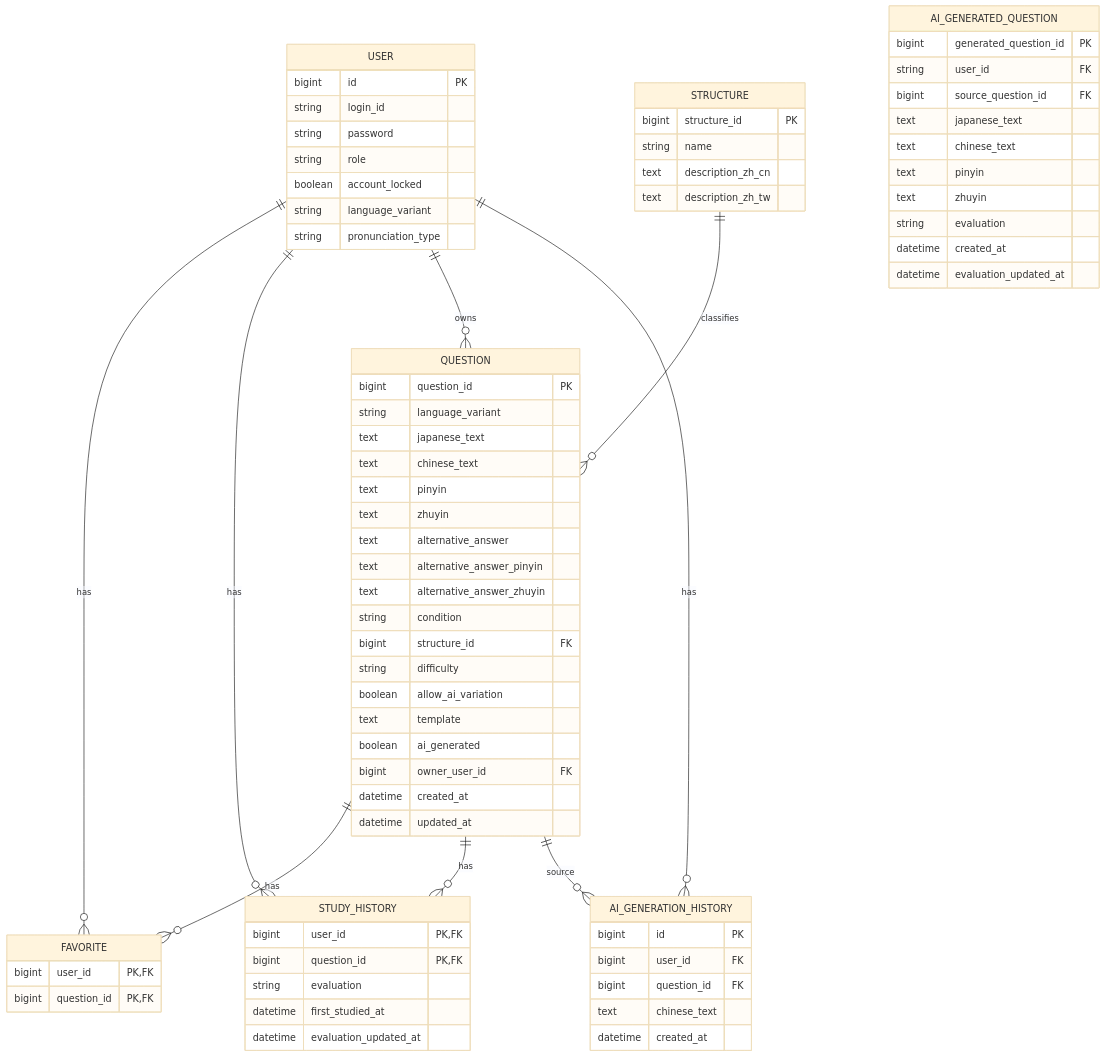
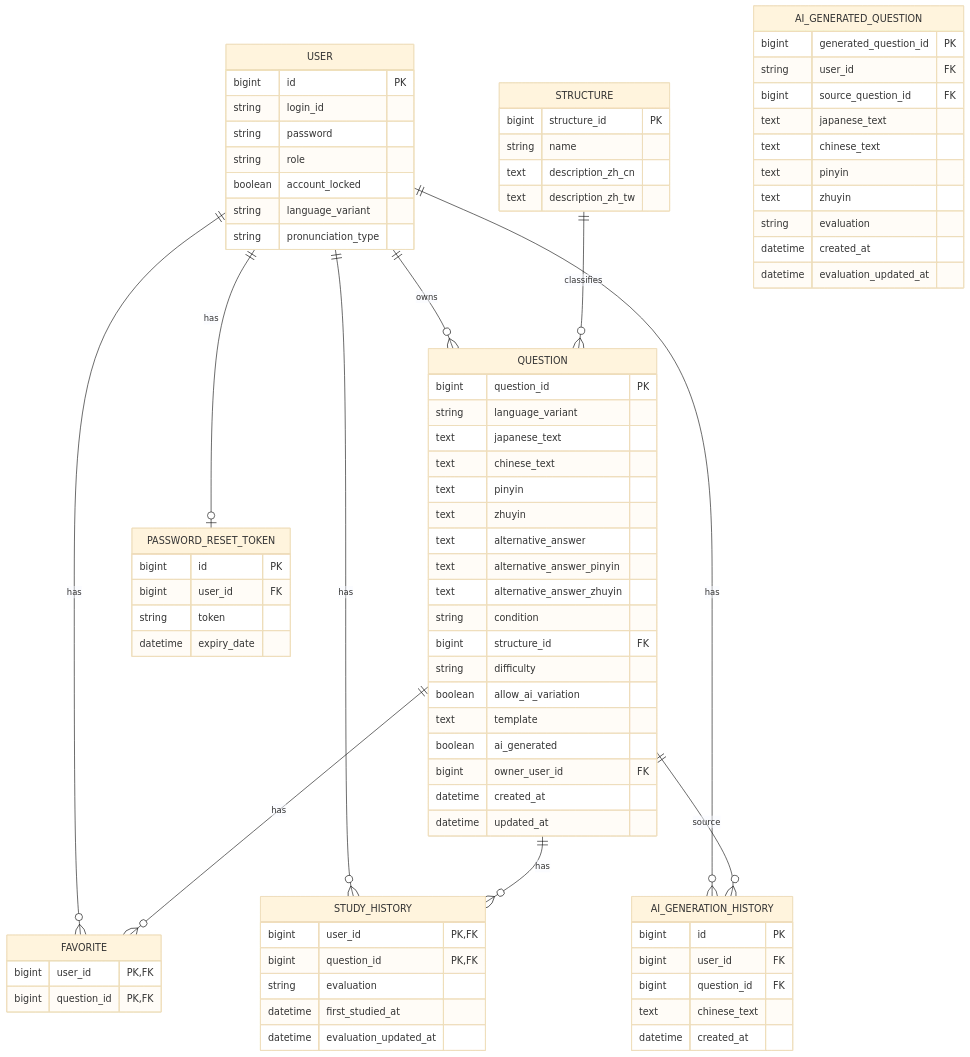
Before and after one commit to mawsonlakes790913/ChineseOutputTrainerApplication: the diagram in docs/requirements/er-diagram.md, drawn with Mermaid (base theme). The commit also changed other lines of this file and 5 other files, not shown here.

Commit message:
docs: update design documents for email and password reset features

````diff
--- a/docs/requirements/er-diagram.md
+++ b/docs/requirements/er-diagram.md
@@ -86,6 +89,8 @@
 
     USER ||--o{ AI_GENERATION_HISTORY : has
     QUESTION ||--o{ AI_GENERATION_HISTORY : source
+
+    USER ||--o| PASSWORD_RESET_TOKEN : has
 
     STRUCTURE ||--o{ QUESTION : classifies
 
@@ -168,4 +173,11 @@
         text chinese_text
         datetime created_at
     }
+
+    PASSWORD_RESET_TOKEN {
+        bigint id PK
+        bigint user_id FK
+        string token
+        datetime expiry_date
+    }
 ```
````
